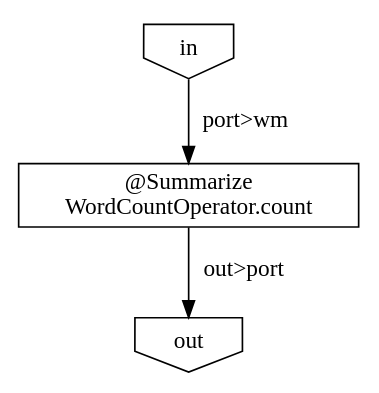
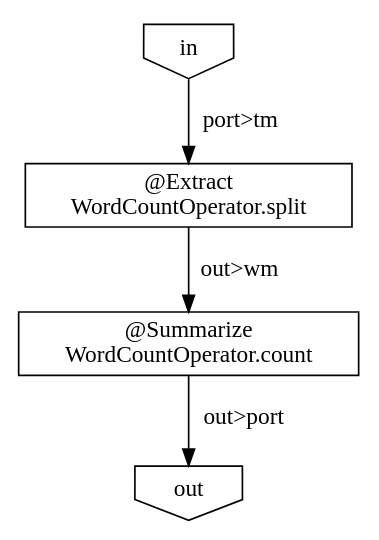
Before and after one commit to hishidama/Hadoop-example1-WordCount: the diagram in afw-wordcount/target/testdriver/batchcwork/bin/META-INF/visualize/flowgraph.dot, drawn with Graphviz. The commit also changed 83 other files, not shown here.

```diff
--- a/afw-wordcount/target/testdriver/batchcwork/bin/META-INF/visualize/flowgraph.dot
+++ b/afw-wordcount/target/testdriver/batchcwork/bin/META-INF/visualize/flowgraph.dot
@@ -1,7 +1,9 @@
 digraph {
-    "e671e771-b9a8-47e7-b07f-ac097412b055" [shape=invhouse, label="in"];
-    "6ffc7769-9c4f-40ea-b982-c554248f4e78" [shape=box, label="@Summarize\nWordCountOperator.count"];
-    "adbca5b7-2d1a-4b0b-b1f5-c4dcf77f8c33" [shape=invhouse, label="out"];
-    "e671e771-b9a8-47e7-b07f-ac097412b055" -> "6ffc7769-9c4f-40ea-b982-c554248f4e78" [label="port>wm"];
-    "6ffc7769-9c4f-40ea-b982-c554248f4e78" -> "adbca5b7-2d1a-4b0b-b1f5-c4dcf77f8c33" [label="out>port"];
+    "4556c843-729f-4f58-b5df-5434a4a1f9f8" [shape=invhouse, label="out"];
+    "9202b981-e52a-4371-9bfe-1800a3087847" [shape=box, label="@Extract\nWordCountOperator.split"];
+    "9aec39d1-77b6-46ab-aed2-a50742fdeb8d" [shape=box, label="@Summarize\nWordCountOperator.count"];
+    "f43239ca-2657-46ae-9080-4270bca51cd8" [shape=invhouse, label="in"];
+    "9202b981-e52a-4371-9bfe-1800a3087847" -> "9aec39d1-77b6-46ab-aed2-a50742fdeb8d" [label="out>wm"];
+    "9aec39d1-77b6-46ab-aed2-a50742fdeb8d" -> "4556c843-729f-4f58-b5df-5434a4a1f9f8" [label="out>port"];
+    "f43239ca-2657-46ae-9080-4270bca51cd8" -> "9202b981-e52a-4371-9bfe-1800a3087847" [label="port>tm"];
 }
```
